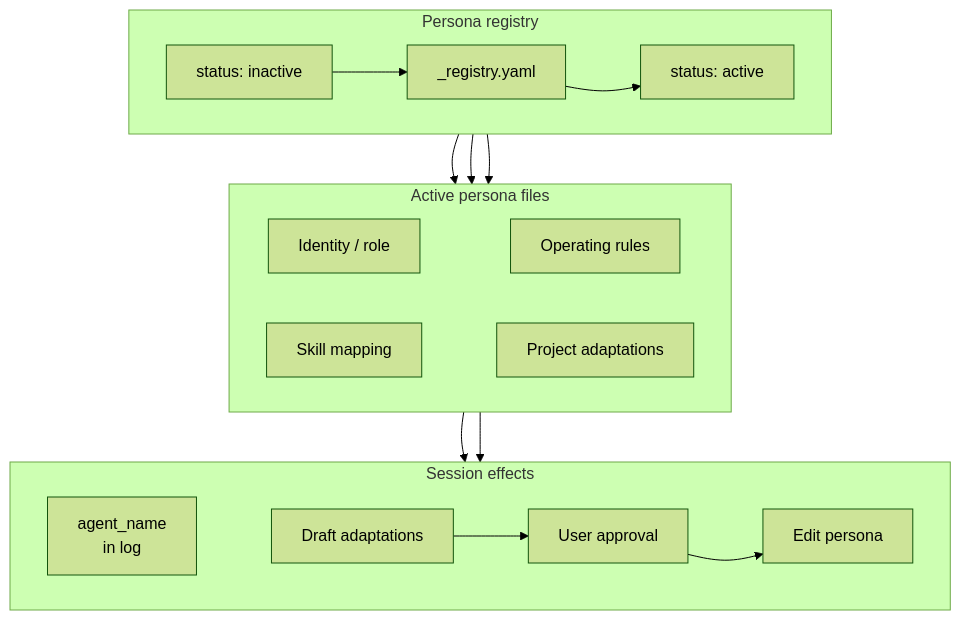
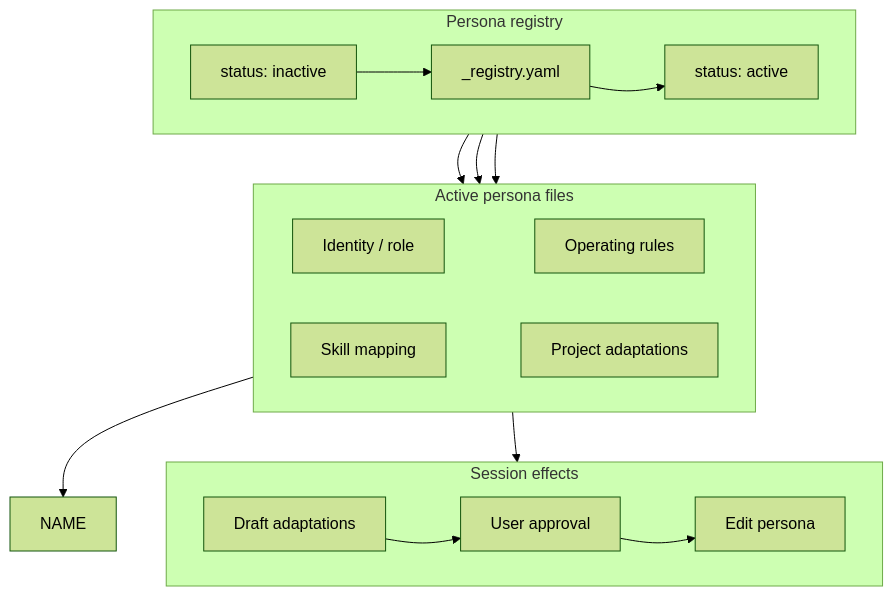
The ninth of 25 diagrams in docs/3_Spec/functionality-audit.md (jnl-tshi/memory-seed), drawn with Mermaid (forest theme) before and after one commit. The commit also changed other lines of this file and 30 other files, not shown here.

````diff
--- a/docs/3_Spec/functionality-audit.md
+++ b/docs/3_Spec/functionality-audit.md
@@ -478,33 +478,33 @@
 ```mermaid
 graph TD
   subgraph RegistryTier["Persona registry"]
     direction LR
     REG["_registry.yaml"] ~~~ ACTIVE["status: active"]
     INACTIVE["status: inactive"]
   end
 
   subgraph PersonaTier["Active persona files"]
     direction LR
     IDENTITY["Identity / role"] ~~~ RULES["Operating rules"]
     SKILLMAP["Skill mapping"] ~~~ ADAPT["Project adaptations"]
   end
 
   subgraph SessionTier["Session effects"]
     direction LR
-    NAME["agent_name<br>in log"] ~~~ DRAFT["Draft adaptations"]
-    APPROVAL["User approval"] ~~~ EDIT["Edit persona"]
+    DRAFT["Draft adaptations"] ~~~ APPROVAL["User approval"]
+    APPROVAL ~~~ EDIT["Edit persona"]
   end
 
   RegistryTier ~~~ PersonaTier
   PersonaTier ~~~ SessionTier
 
   REG --> ACTIVE
   ACTIVE --> IDENTITY
   ACTIVE --> RULES
   ACTIVE --> SKILLMAP
   RULES --> NAME
   ADAPT --> DRAFT
   DRAFT --> APPROVAL
   APPROVAL --> EDIT
   INACTIVE --> REG
 ```
````
